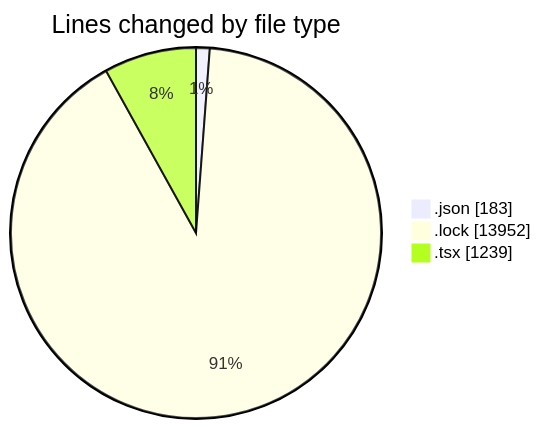
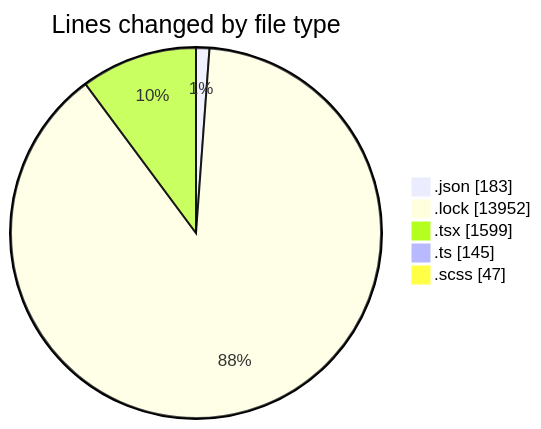
One commit to momahboobian/code-tracking changed the first of 2 diagrams in 2026-05-14/cda/README.md. Above: the diagram before and after it, drawn with Mermaid. The commit also changed other lines of this file and 1 other file, not shown here.

````diff
--- a/2026-05-14/cda/README.md
+++ b/2026-05-14/cda/README.md
@@ -29,7 +32,9 @@
 ```mermaid
 pie showData
 title Lines changed by file type
 ".json" : 183
 ".lock" : 13952
-".tsx" : 1239
+".tsx" : 1599
+".ts" : 145
+".scss" : 47
 ```
````
